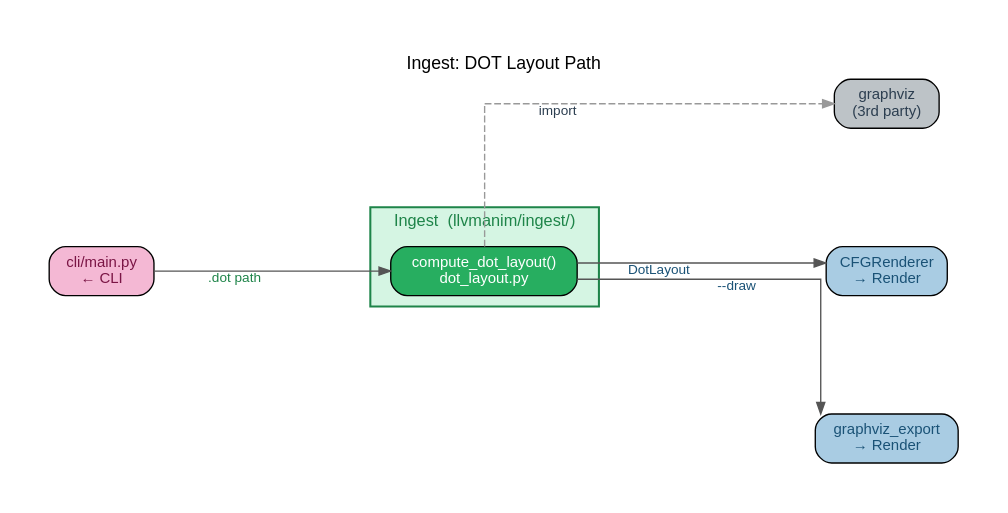
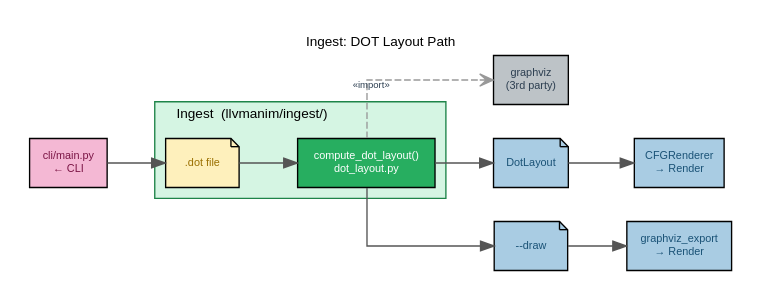
Before and after one commit to BenHoule/LLVManim: the diagram in docs/architecture/01_architecture_overview/01b_ingest_layer/dots/01b2_dot_layout.dot, drawn with Graphviz. The commit also changed 77 other files, not shown here.

First line of the commit message:
Add CLI dispatch architecture images

```diff
--- a/docs/architecture/01_architecture_overview/01b_ingest_layer/dots/01b2_dot_layout.dot
+++ b/docs/architecture/01_architecture_overview/01b_ingest_layer/dots/01b2_dot_layout.dot
@@ -1,44 +1,64 @@
-// Extracted subgraph: Layout computation path from 01b_ingest_layer
-// compute_dot_layout() invokes the graphviz Python package to assign
-// node positions, which CFGRenderer and graphviz_export then consume.
+/**
+ * 01b2_dot_layout.dot
+ *
+ * Extracted subgraph: DOT layout computation path from 01b_ingest_layer.
+ * compute_dot_layout() invokes the graphviz Python package to assign
+ * node positions, which CFGRenderer and graphviz_export then consume.
+ *
+ * Render:
+ *   dot -Tpdf 01b2_dot_layout.dot -o ../01b2_dot_layout.pdf
+ */
 digraph dot_layout_path {
     graph [
-        fontname = "Helvetica" fontsize = 13
+        rankdir  = LR
+        fontname = "Helvetica" fontsize = 10
         label    = "Ingest: DOT Layout Path"
-        labelloc = "t" rankdir = LR splines = ortho nodesep = 0.85 ranksep = 1.15
-        pad = 0.4 bgcolor = "white"
+        labelloc = t
+        splines  = ortho
+        nodesep  = 0.35
+        ranksep  = 0.6
+        pad      = 0.2
+        bgcolor  = "white"
     ]
-    node [fontname="Helvetica" fontsize=11 style="filled,rounded" shape=box]
-    edge [fontname="Helvetica" fontsize=10 color="#555555" arrowsize=0.85]
+    node [fontname="Helvetica" fontsize=8 style=filled shape=box margin="0.08,0.04"]
+    edge [fontname="Helvetica" fontsize=7 arrowhead=normal color="#555555"]
 
-    // ── Internal ───────────────────────────────────────────────────
+    /* ── External stub (incoming) ───────────────────────────────── */
+    cli_main [label="cli/main.py\n← CLI" fillcolor="#f4b8d4" fontcolor="#7a1545"]
+
+    /* ── Ingest cluster ─────────────────────────────────────────── */
     subgraph cluster_ingest {
 
         label     = "Ingest  (llvmanim/ingest/)"
         style     = filled
         fillcolor = "#d5f5e3"
         color     = "#1e8449"
-        penwidth  = 1.5
-        fontname  = "Helvetica"
-        fontsize  = 12
-        fontcolor = "#1e8449"
+        margin    = 8
+        labeljust = l
 
+        in_dot     [label=".dot file" fillcolor="#fef0bc" fontcolor="#9a6f00" shape=note]
         dot_layout [label="compute_dot_layout()\ndot_layout.py"
                     fillcolor="#27ae60" fontcolor="white"]
+
+        in_dot -> dot_layout
     }
 
-    // ── Third-party ────────────────────────────────────────────────
+    /* ── Third-party ────────────────────────────────────────────── */
     graphviz [label="graphviz\n(3rd party)" fillcolor="#bdc3c7" fontcolor="#2c3e50"]
 
-    // ── External stubs ─────────────────────────────────────────────
-    cli_main     [label="cli/main.py\n← CLI"                   fillcolor="#f4b8d4" fontcolor="#7a1545"]
-    cfg_renderer [label="CFGRenderer\n→ Render"                fillcolor="#a9cce3" fontcolor="#1a5276"]
-    gviz_export  [label="graphviz_export\n→ Render"            fillcolor="#a9cce3" fontcolor="#1a5276"]
+    /* ── Data output nodes ──────────────────────────────────────── */
+    dot_layout_data [label="DotLayout" fillcolor="#a9cce3" fontcolor="#1a5276" shape=note]
+    draw_flag       [label="--draw"    fillcolor="#a9cce3" fontcolor="#1a5276" shape=note]
 
-    // ── Edges ──────────────────────────────────────────────────────
-    cli_main   -> dot_layout   [minlen=2 xlabel="  .dot path" fontcolor="#1e8449"]
-    dot_layout -> cfg_renderer [minlen=2 xlabel="  DotLayout" fontcolor="#1a5276"]
-    dot_layout -> gviz_export  [minlen=2 xlabel="  --draw" fontcolor="#1a5276"]
+    /* ── External stubs (outgoing) ──────────────────────────────── */
+    cfg_renderer [label="CFGRenderer\n→ Render"     fillcolor="#a9cce3" fontcolor="#1a5276"]
+    gviz_export  [label="graphviz_export\n→ Render" fillcolor="#a9cce3" fontcolor="#1a5276"]
 
-    dot_layout -> graphviz [style=dashed minlen=2 xlabel="  import" fontcolor="#2c3e50" color="#999999"]
+    /* ── Edges ──────────────────────────────────────────────────── */
+    cli_main   -> in_dot        [minlen=1]
+    dot_layout -> dot_layout_data [minlen=1]
+    dot_layout_data -> cfg_renderer [minlen=1]
+    dot_layout -> draw_flag     [minlen=1]
+    draw_flag  -> gviz_export   [minlen=1]
+    dot_layout -> graphviz [style=dashed arrowhead=open xlabel="«import»" fontcolor="#2c3e50" color="#999999"]
 }
```
